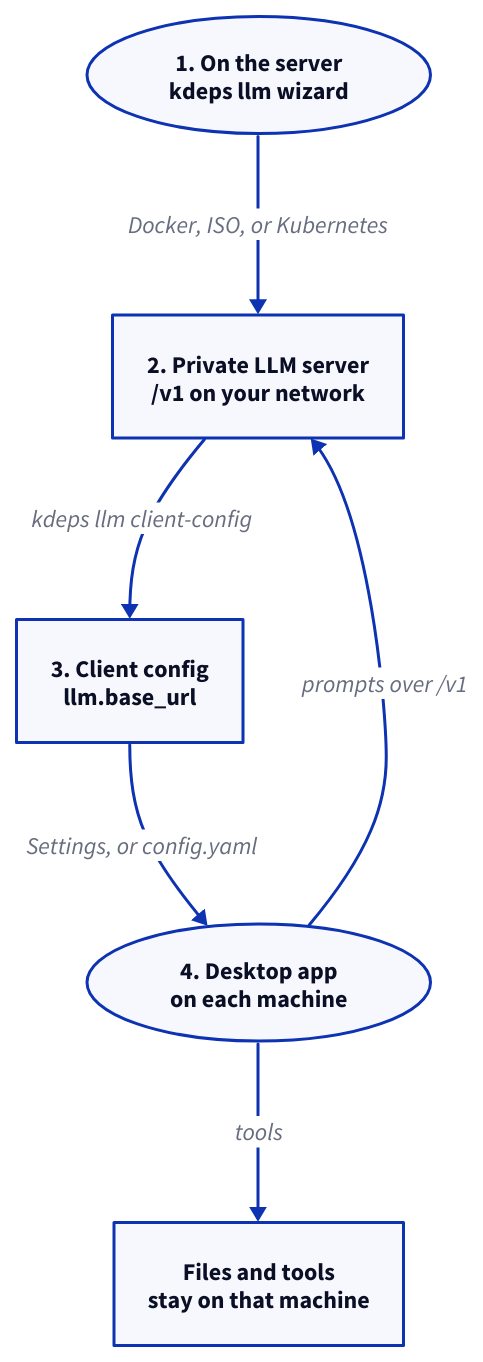
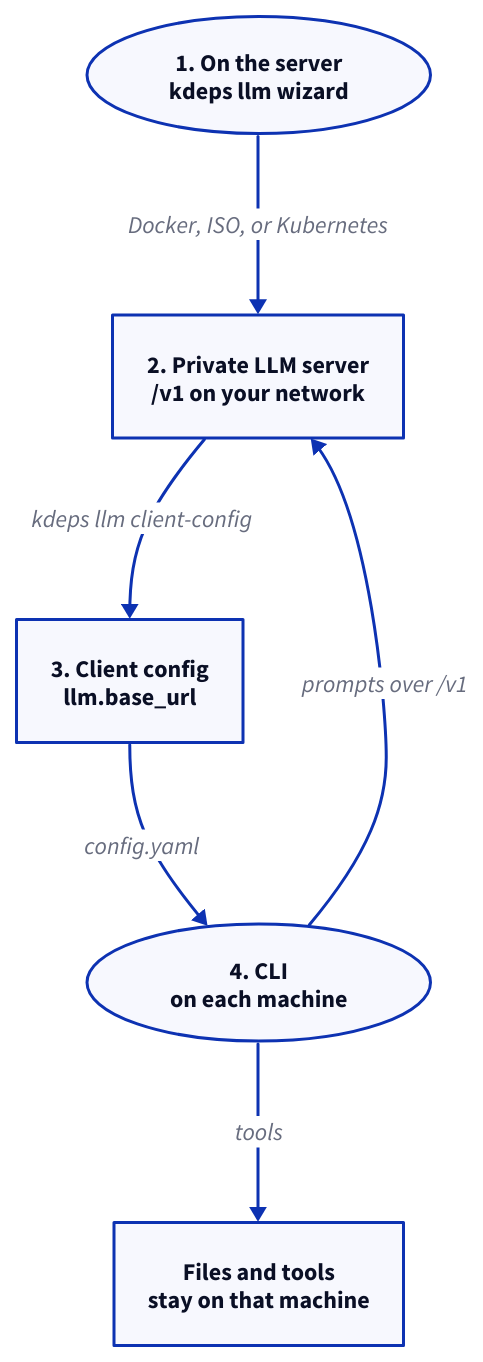
The second of 2 diagrams in docs/v2/start/data-sovereignty.md (kdeps/kdeps), drawn with D2 before and after one commit. The commit also changed other lines of this file and 89 other files, not shown here.

First line of the commit message:
refactor: remove the desktop app

````diff
--- a/docs/v2/start/data-sovereignty.md
+++ b/docs/v2/start/data-sovereignty.md
@@ -62,15 +61,15 @@
 ```d2
 direction: down
 
 W: "1. On the server\nkdeps llm wizard" {shape: oval}
 L: "2. Private LLM server\n/v1 on your network"
 Y: "3. Client config\nllm.base_url"
-D: "4. Desktop app\non each machine" {shape: oval}
+D: "4. CLI\non each machine" {shape: oval}
 F: "Files and tools\nstay on that machine"
 
 W -> L: "Docker, ISO, or Kubernetes"
 L -> Y: "kdeps llm client-config"
-Y -> D: "Settings, or config.yaml"
+Y -> D: "config.yaml"
 D -> L: "prompts over /v1"
 D -> F: "tools"
 ```
````
